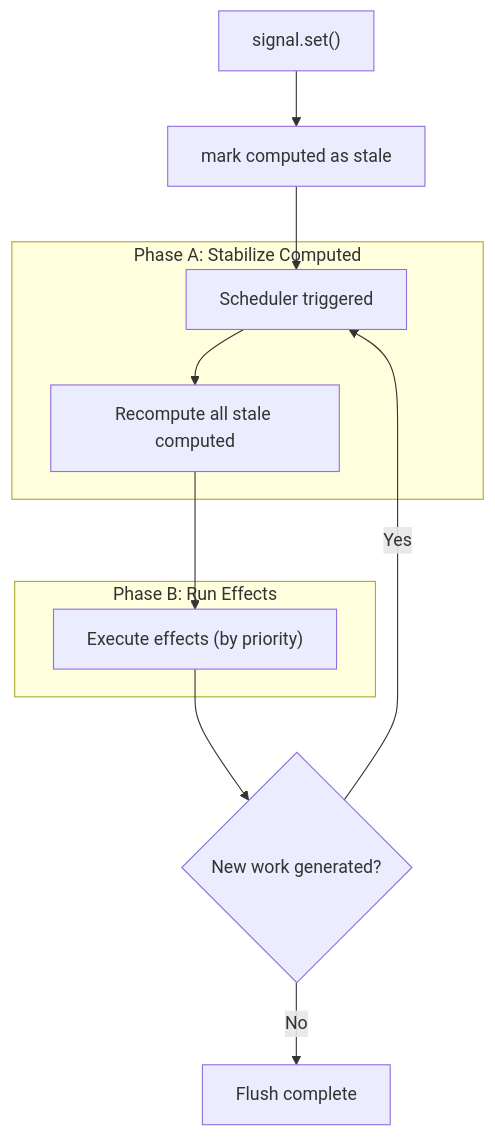
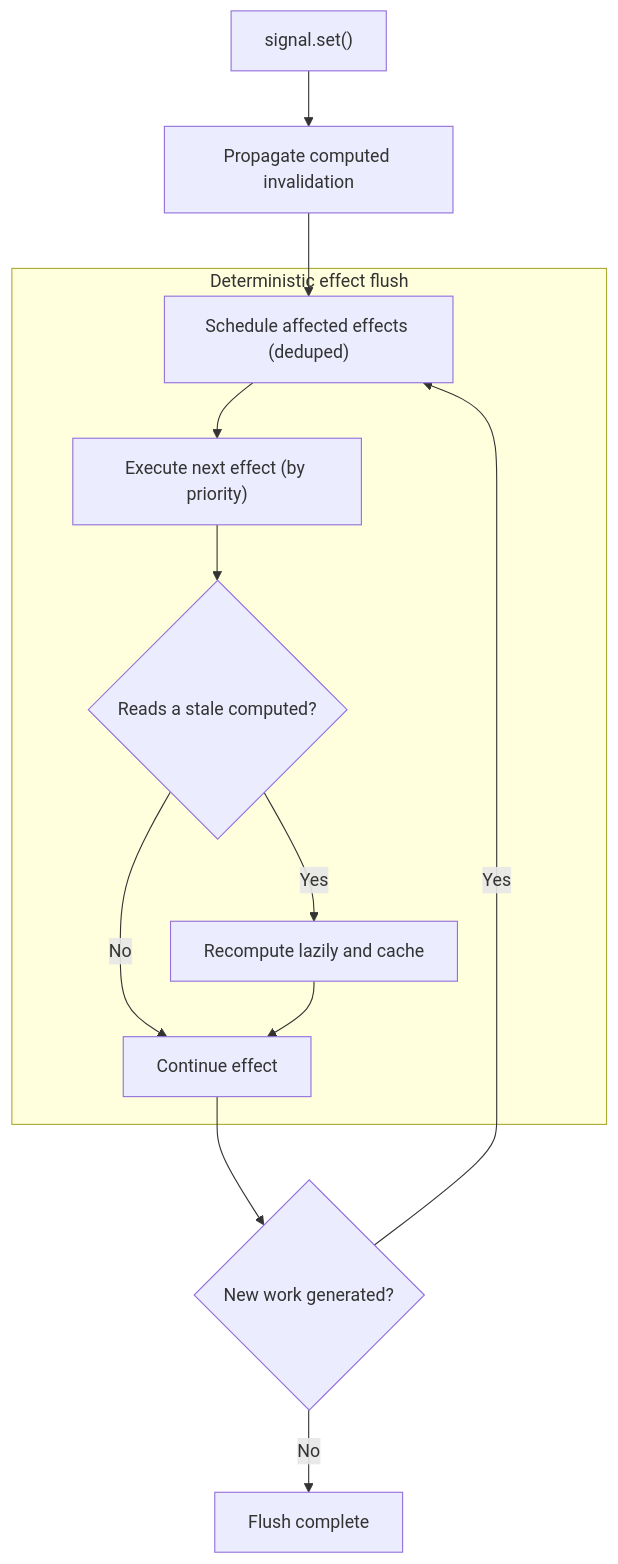
One commit to Luciano0322/signal-kernel changed the diagram in docs/diagrams/scheduler.mmd. Above: the diagram before and after it, drawn with Mermaid. The commit also changed 7 other files, not shown here.

Commit message:
docs(core): align scheduler docs with lazy computed behavior

```diff
--- a/docs/diagrams/scheduler.mmd
+++ b/docs/diagrams/scheduler.mmd
@@ -1,17 +1,17 @@
 flowchart TD
-  A["signal.set()"] --> B["mark computed as stale"]
+  A["signal.set()"] --> B["Propagate computed invalidation"]
 
-  B --> C["Scheduler triggered"]
+  B --> C["Schedule affected effects (deduped)"]
 
-  subgraph PhaseA["Phase A: Stabilize Computed"]
-    C --> D["Recompute all stale computed"]
+  subgraph Flush["Deterministic effect flush"]
+    C --> D["Execute next effect (by priority)"]
+    D --> E{"Reads a stale computed?"}
+    E -- Yes --> F["Recompute lazily and cache"]
+    E -- No --> G["Continue effect"]
+    F --> G
   end
 
-  subgraph PhaseB["Phase B: Run Effects"]
-    D --> E["Execute effects (by priority)"]
-  end
+  G --> H{"New work generated?"}
 
-  E --> F{"New work generated?"}
-
-  F -- Yes --> C
-  F -- No --> G["Flush complete"]
+  H -- Yes --> C
+  H -- No --> I["Flush complete"]
```
